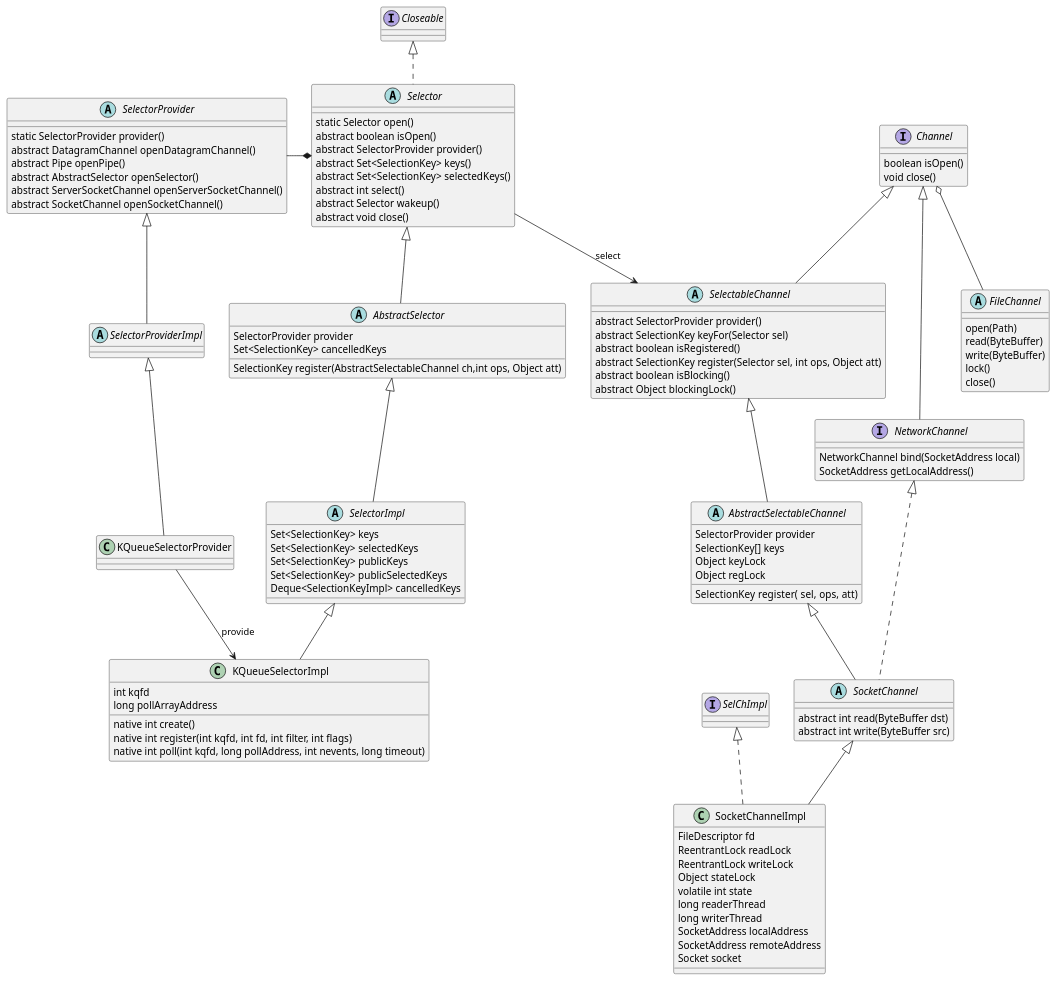
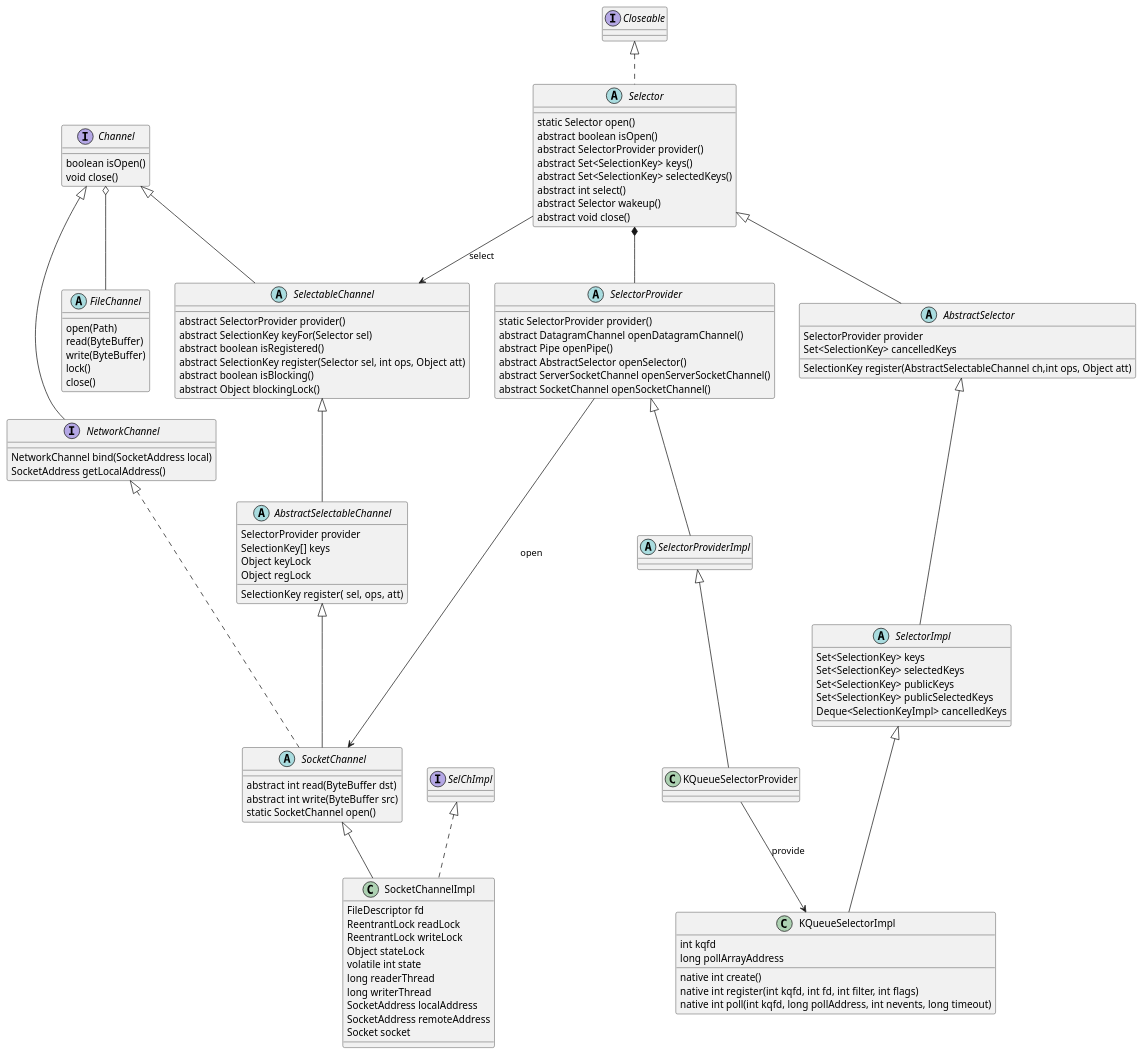
The diagram in content/post/java/java-nio.md (kevinwang930/kevinwang930.github.io), drawn with PlantUML before and after one commit. The commit also changed 3 other files, not shown here.

````diff
--- a/content/post/java/java-nio.md
+++ b/content/post/java/java-nio.md
@@ -135,15 +135,17 @@
     abstract class SocketChannel extends  AbstractSelectableChannel implements NetworkChannel {
         abstract int read(ByteBuffer dst)
         abstract int write(ByteBuffer src)
+        static SocketChannel open()
     }
 
     class KQueueSelectorProvider extends SelectorProviderImpl
 
     Channel o-- FileChannel
-    Selector *-left- SelectorProvider
+    Selector *-- SelectorProvider
     Selector -down-> SelectableChannel : select
 
     Channel <|-- SelectableChannel
 KQueueSelectorProvider --> KQueueSelectorImpl: provide
+SelectorProvider --> SocketChannel:open
 
 ```
````
